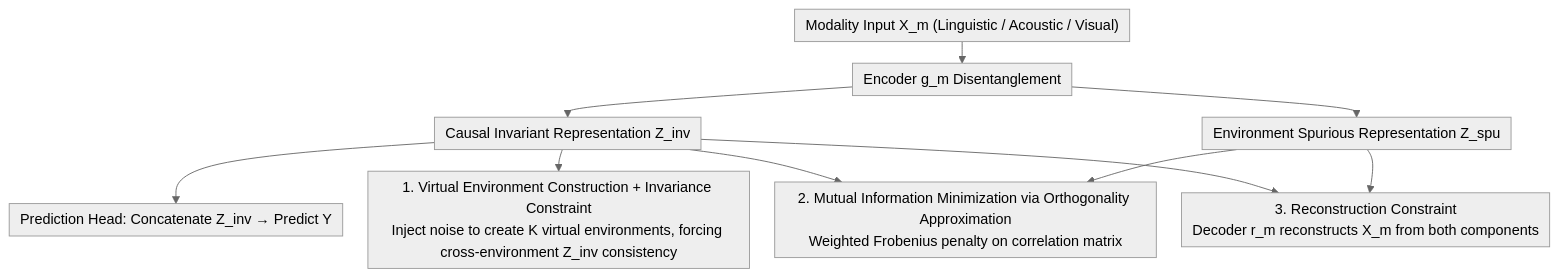
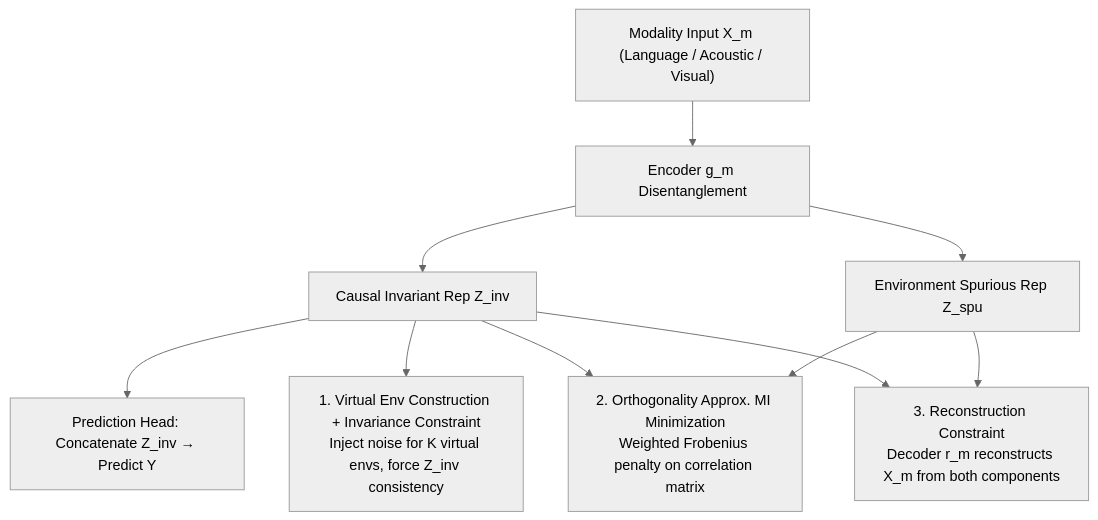
Before and after one commit to zhaoyang97/Paper-Notes-en: the diagram in docs/ACL2026/causal_inference/learning_invariant_modality_representation_for_robust_multimodal_learning_from_a.md, drawn with Mermaid (neutral theme). The commit also changed other lines of this file and 5084 other files, not shown here.

````diff
--- a/docs/ACL2026/causal_inference/learning_invariant_modality_representation_for_robust_multimodal_learning_from_a.md
+++ b/docs/ACL2026/causal_inference/learning_invariant_modality_representation_for_robust_multimodal_learning_from_a.md
@@ -44,13 +44,12 @@
 ```mermaid
-%%{init: {'flowchart': {'rankSpacing': 24, 'nodeSpacing': 28, 'padding': 6, 'wrappingWidth': 400}}}%%
-flowchart TD
-    X["Modality Input X_m (Linguistic / Acoustic / Visual)"] --> ENC["Encoder g_m Disentanglement"]
-    ENC --> ZINV["Causal Invariant Representation Z_inv"]
-    ENC --> ZSPU["Environment Spurious Representation Z_spu"]
+graph TD
+    X["Modality Input X_m (Language / Acoustic / Visual)"] --> ENC["Encoder g_m Disentanglement"]
+    ENC --> ZINV["Causal Invariant Rep Z_inv"]
+    ENC --> ZSPU["Environment Spurious Rep Z_spu"]
     ZINV --> PRED["Prediction Head: Concatenate Z_inv → Predict Y"]
-    ZINV --> D1["1. Virtual Environment Construction + Invariance Constraint<br/>Inject noise to create K virtual environments, forcing cross-environment Z_inv consistency"]
-    ZINV --> D2["2. Mutual Information Minimization via Orthogonality Approximation<br/>Weighted Frobenius penalty on correlation matrix"]
+    ZINV --> D1["1. Virtual Env Construction + Invariance Constraint<br/>Inject noise for K virtual envs, force Z_inv consistency"]
+    ZINV --> D2["2. Orthogonality Approx. MI Minimization<br/>Weighted Frobenius penalty on correlation matrix"]
     ZSPU --> D2
     ZINV --> D3["3. Reconstruction Constraint<br/>Decoder r_m reconstructs X_m from both components"]
     ZSPU --> D3
 ```
````
